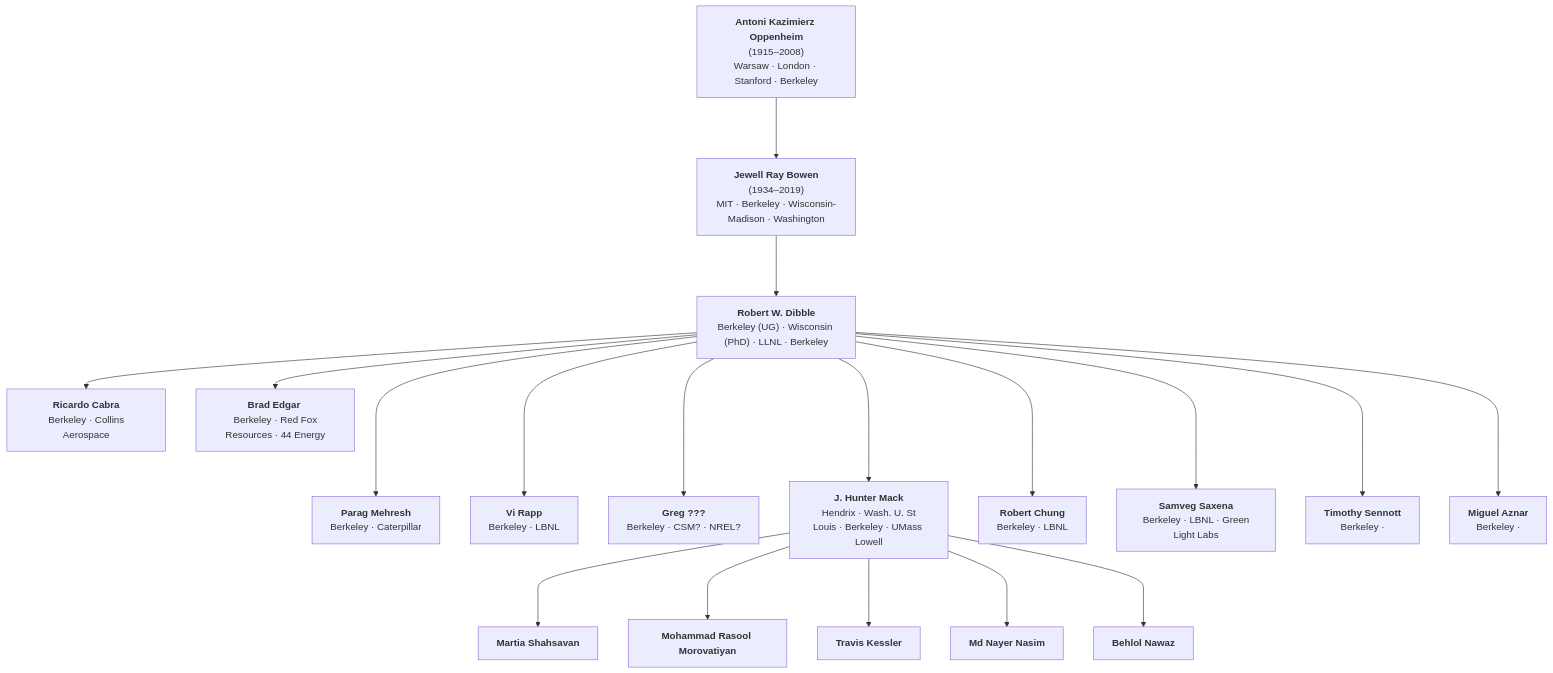
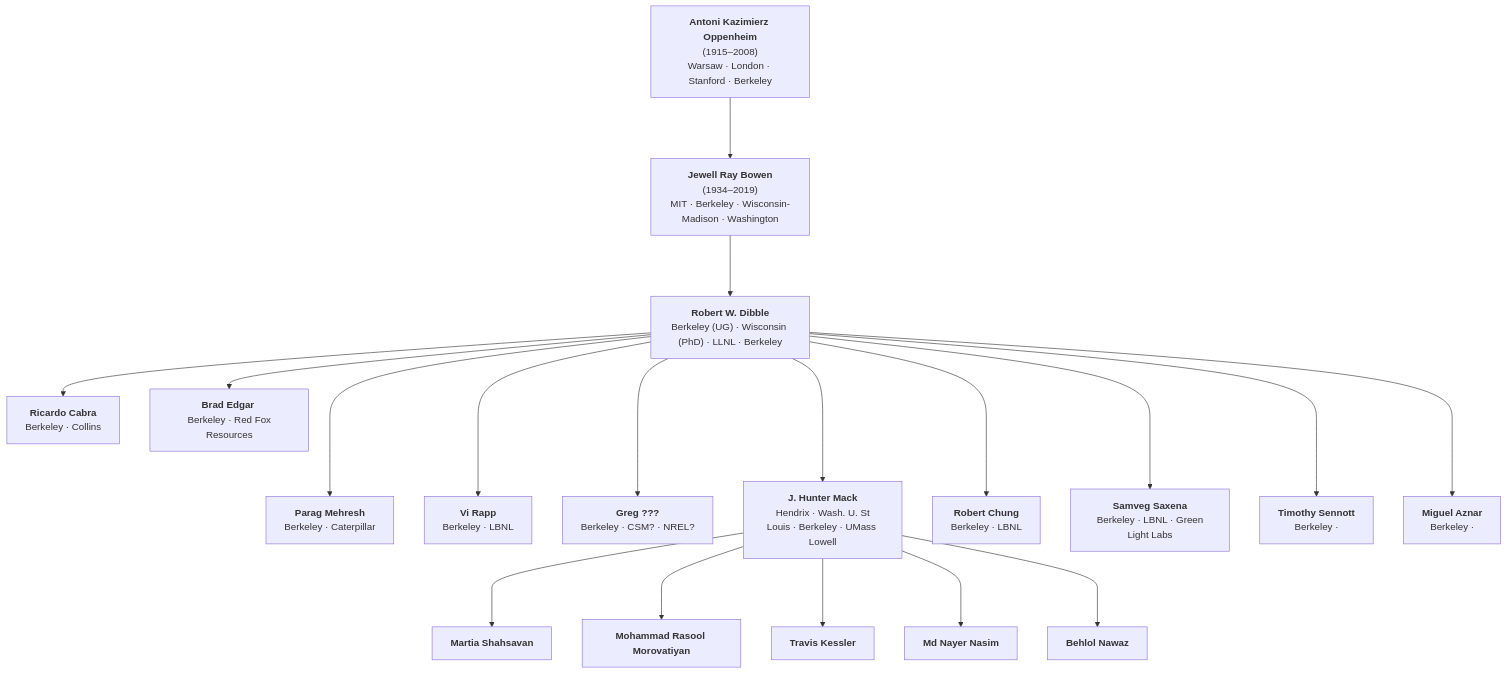
The diagram in acad_tree.md (bnawaz95/ECRL-acad-tree), drawn with Mermaid before and after one commit.

````diff
--- a/acad_tree.md
+++ b/acad_tree.md
@@ -1,45 +1,45 @@
 ```mermaid
 graph TD
     A["<b>Antoni Kazimierz Oppenheim</b><br/>(1915–2008)<br/>Warsaw · London · Stanford · Berkeley"]
 
     B["<b>Jewell Ray Bowen</b><br/>(1934–2019)<br/>MIT · Berkeley · Wisconsin-Madison · Washington"]
 
     C["<b>Robert W. Dibble</b><br/>Berkeley (UG) · Wisconsin (PhD) · LLNL · Berkeley"]
 
-    D1["<b>Ricardo Cabra</b><br/> Berkeley · Collins Aerospace"]
+    D1["<b>Ricardo Cabra</b><br/> Berkeley · Collins"]
     D2["<b>Parag Mehresh</b><br/> Berkeley · Caterpillar"]
     D3["<b>Vi Rapp</b><br/> Berkeley · LBNL"]
     D4["<b>Greg ???</b><br/> Berkeley · CSM? · NREL?"]
     D0["<b>J. Hunter Mack</b><br/> Hendrix · Wash. U. St Louis · Berkeley · UMass Lowell"]
-    D5["<b>Brad Edgar </b><br/> Berkeley · Red Fox Resources · 44 Energy"]
+    D5["<b>Brad Edgar </b><br/> Berkeley · Red Fox Resources"]
     D6["<b>Robert Chung</b><br/> Berkeley · LBNL"]
     D7["<b>Samveg Saxena</b><br/> Berkeley · LBNL · Green Light Labs"]
     D8["<b>Timothy Sennott</b><br/> Berkeley · "]
     D9["<b>Miguel Aznar</b><br/> Berkeley · "]
 
     E["<b>Martia Shahsavan</b>"]
     F["<b>Mohammad Rasool Morovatiyan</b>"]
     G["<b>Travis Kessler</b>"]
     H["<b>Md Nayer Nasim</b>"]
     I["<b>Behlol Nawaz</b>"]
 
     A ---> B
     B ---> C
 
     C ---> D0
     C --> D1
     C ---> D2
     C ---> D3
     C ---> D4
     C --> D5
     C ---> D6
     C ---> D7
     C ---> D8
     C ---> D9
 
     D0 ---> E
     D0 ---> F
     D0 ---> G
     D0 ---> H
     D0 ---> I
 ```
````
